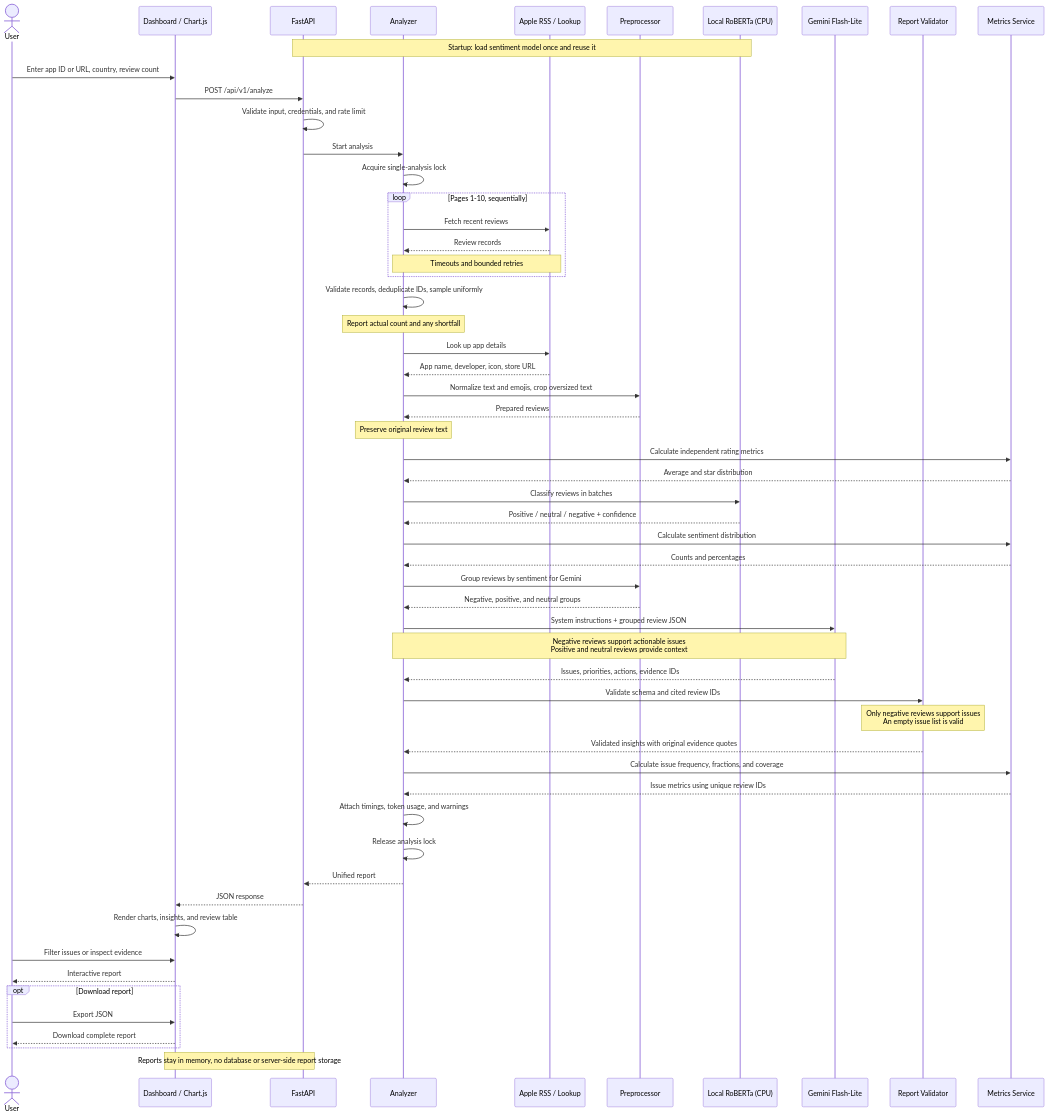
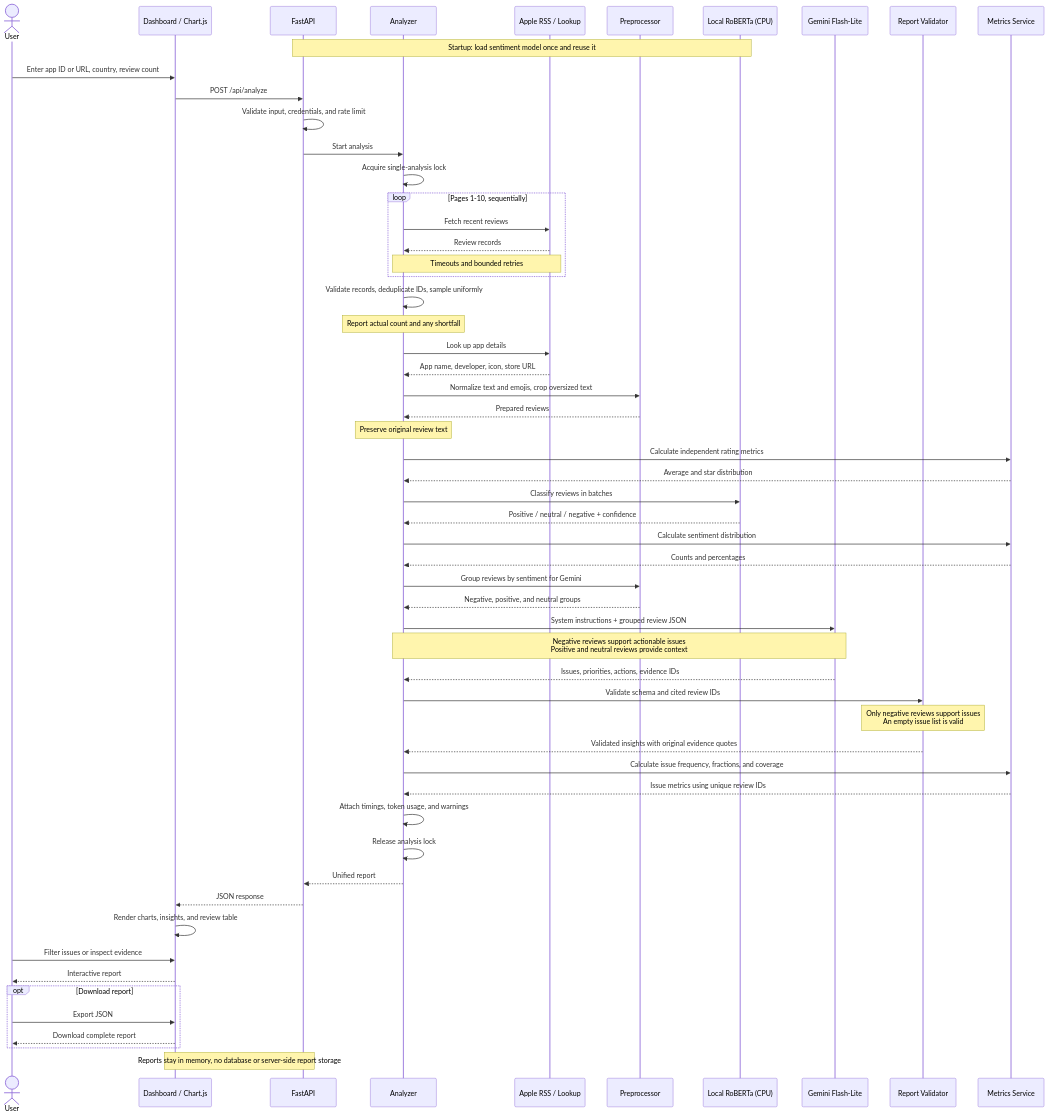
Before and after one commit to Qizix/as-review-analizator: the diagram in docs/sequence.mmd, drawn with Mermaid. The commit also changed 11 other files, not shown here.

```diff
--- a/docs/sequence.mmd
+++ b/docs/sequence.mmd
@@ -1,63 +1,63 @@
 sequenceDiagram
     actor User
     participant UI as Dashboard / Chart.js
     participant API as FastAPI
     participant Pipeline as Analyzer
     participant Apple as Apple RSS / Lookup
     participant Prep as Preprocessor
     participant Sentiment as Local RoBERTa (CPU)
     participant Gemini as Gemini Flash-Lite
     participant Validator as Report Validator
     participant Metrics as Metrics Service
 
     Note over API,Sentiment: Startup: load sentiment model once and reuse it
     User->>UI: Enter app ID or URL, country, review count
-    UI->>API: POST /api/v1/analyze
+    UI->>API: POST /api/analyze
     API->>API: Validate input, credentials, and rate limit
     API->>Pipeline: Start analysis
     Pipeline->>Pipeline: Acquire single-analysis lock
 
     loop Pages 1-10, sequentially
         Pipeline->>Apple: Fetch recent reviews
         Apple-->>Pipeline: Review records
         Note over Pipeline,Apple: Timeouts and bounded retries
     end
     Pipeline->>Pipeline: Validate records, deduplicate IDs, sample uniformly
     Note over Pipeline: Report actual count and any shortfall
     Pipeline->>Apple: Look up app details
     Apple-->>Pipeline: App name, developer, icon, store URL
 
     Pipeline->>Prep: Normalize text and emojis, crop oversized text
     Prep-->>Pipeline: Prepared reviews
     Note over Pipeline: Preserve original review text
     Pipeline->>Metrics: Calculate independent rating metrics
     Metrics-->>Pipeline: Average and star distribution
     Pipeline->>Sentiment: Classify reviews in batches
     Sentiment-->>Pipeline: Positive / neutral / negative + confidence
     Pipeline->>Metrics: Calculate sentiment distribution
     Metrics-->>Pipeline: Counts and percentages
 
     Pipeline->>Prep: Group reviews by sentiment for Gemini
     Prep-->>Pipeline: Negative, positive, and neutral groups
     Pipeline->>Gemini: System instructions + grouped review JSON
     Note over Pipeline,Gemini: Negative reviews support actionable issues<br/>Positive and neutral reviews provide context
     Gemini-->>Pipeline: Issues, priorities, actions, evidence IDs
     Pipeline->>Validator: Validate schema and cited review IDs
     Note over Validator: Only negative reviews support issues<br/>An empty issue list is valid
     Validator-->>Pipeline: Validated insights with original evidence quotes
     Pipeline->>Metrics: Calculate issue frequency, fractions, and coverage
     Metrics-->>Pipeline: Issue metrics using unique review IDs
 
     Pipeline->>Pipeline: Attach timings, token usage, and warnings
     Pipeline->>Pipeline: Release analysis lock
     Pipeline-->>API: Unified report
     API-->>UI: JSON response
     UI->>UI: Render charts, insights, and review table
     User->>UI: Filter issues or inspect evidence
     UI-->>User: Interactive report
 
     opt Download report
         User->>UI: Export JSON
         UI-->>User: Download complete report
     end
     Note over UI,API: Reports stay in memory, no database or server-side report storage
```
